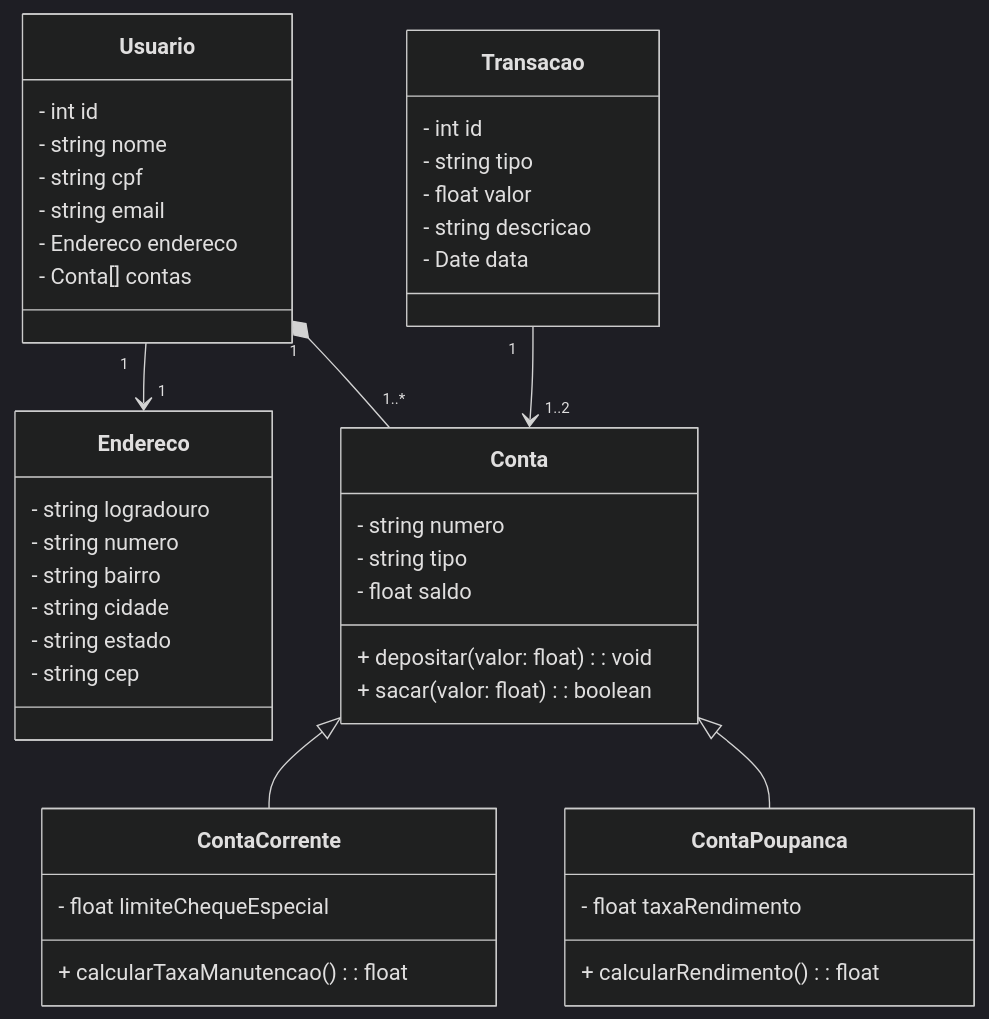
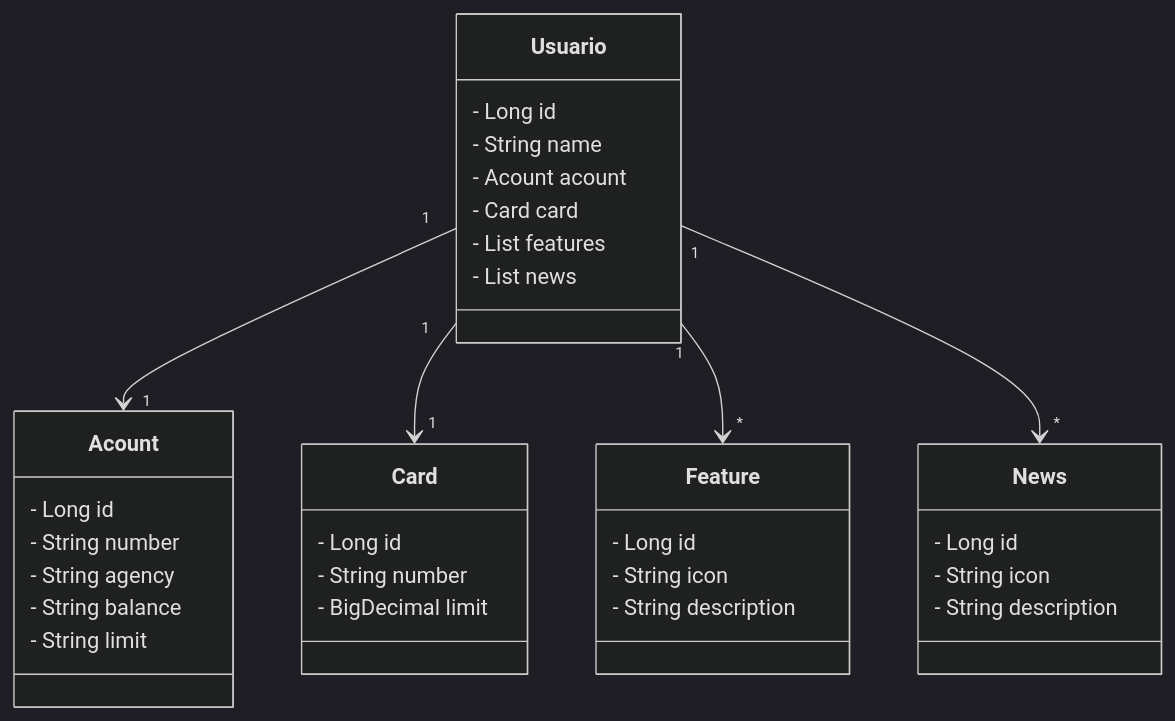
The diagram in README.md (MichaelFonsec/Dev-Week), drawn with Mermaid (dark theme) before and after one commit.

````diff
--- a/README.md
+++ b/README.md
@@ -7,53 +7,43 @@
 ```mermaid
-
 classDiagram
     class Usuario {
-        - int id
-        - string nome
-        - string cpf
-        - string email
-        - Endereco endereco
-        - Conta[] contas
+        - Long id
+        - String name
+        - Acount acount
+        - Card card
+        - List<Feature> features
+        - List<News> news
     }
 
-    class Endereco {
-        - string logradouro
-        - string numero
-        - string bairro
-        - string cidade
-        - string estado
-        - string cep
+    class Acount {
+        - Long id
+        - String number
+        - String agency
+        - String balance
+        - String limit
     }
 
-    class Conta {
-        - string numero
-        - string tipo
-        - float saldo
-        + depositar(valor: float): void
-        + sacar(valor: float): boolean
+    class Card {
+        - Long id
+        - String number
+        - BigDecimal limit
     }
 
-    class ContaCorrente {
-        - float limiteChequeEspecial
-        + calcularTaxaManutencao(): float
+    class Feature {
+        - Long id
+        - String icon
+        - String description
     }
 
-    class ContaPoupanca {
-        - float taxaRendimento
-        + calcularRendimento(): float
+    class News {
+        - Long id
+        - String icon
+        - String description
     }
 
-    class Transacao {
-        - int id
-        - string tipo
-        - float valor
-        - string descricao
-        - Date data
-    }
+    Usuario "1" --> "1" Acount
+    Usuario "1" --> "1" Card
+    Usuario "1" --> "*" Feature
+    Usuario "1" --> "*" News
 
-    Usuario "1" *-- "1..*" Conta
-    Usuario "1" --> "1" Endereco
-    Conta <|-- ContaCorrente
-    Conta <|-- ContaPoupanca
-    Transacao "1" --> "1..2" Conta
 ```
````
